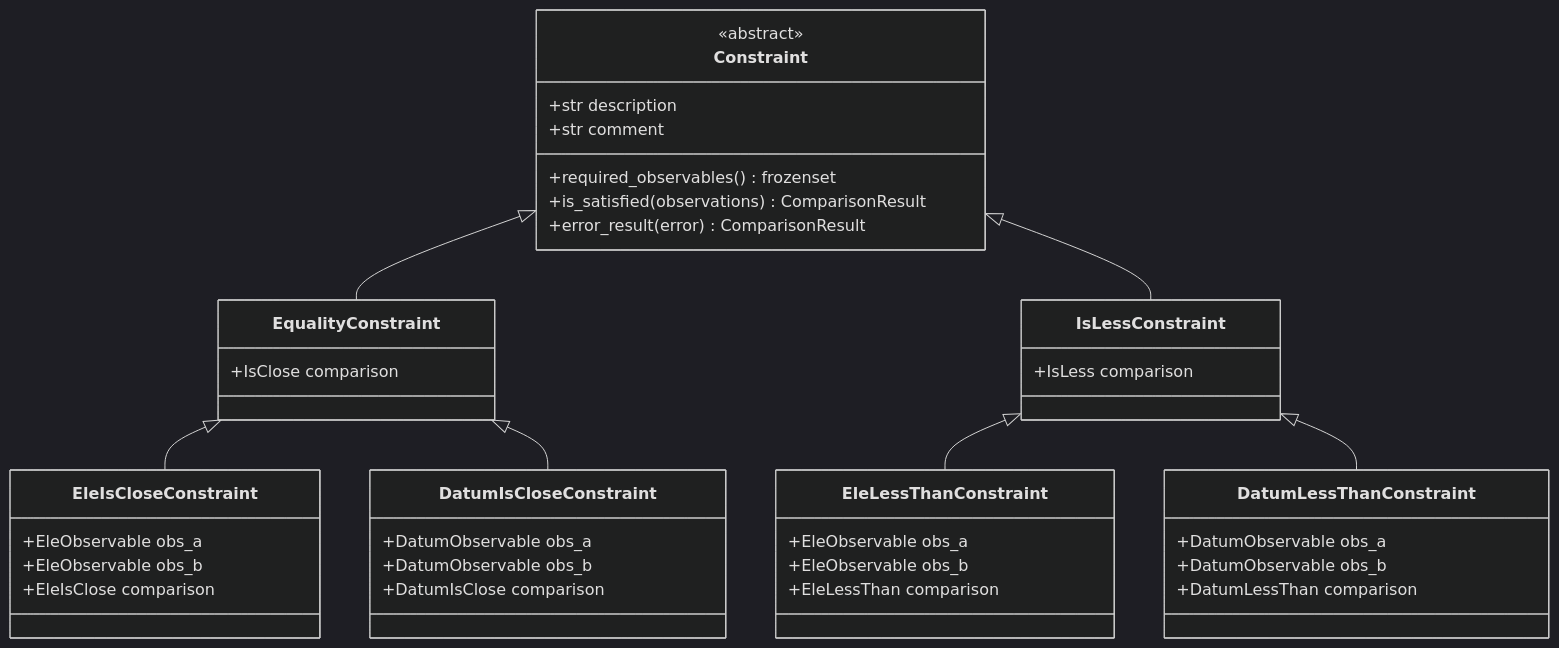
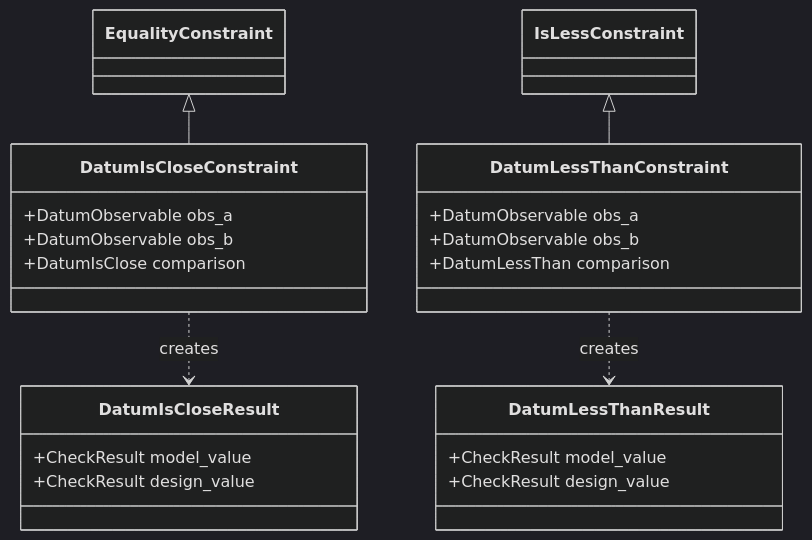
Before and after one commit to bmad-sim/pytao: the fourth of 6 diagrams in docs/constraints/index.md, drawn with Mermaid (dark theme). The commit also changed other lines of this file, not shown here.

Commit message:
more diagram work

````diff
--- a/docs/constraints/index.md
+++ b/docs/constraints/index.md
@@ -132,43 +127,29 @@
 ```mermaid
 classDiagram
-    class Constraint {
-        <<abstract>>
-        +str description
-        +str comment
-        +required_observables() frozenset
-        +is_satisfied(observations) ComparisonResult
-        +error_result(error) ComparisonResult
-    }
-    class EqualityConstraint {
-        +IsClose comparison
-    }
-    class IsLessConstraint {
-        +IsLess comparison
-    }
-    class EleIsCloseConstraint {
-        +EleObservable obs_a
-        +EleObservable obs_b
-        +EleIsClose comparison
-    }
-    class EleLessThanConstraint {
-        +EleObservable obs_a
-        +EleObservable obs_b
-        +EleLessThan comparison
-    }
+    class EqualityConstraint
+    class IsLessConstraint
+
     class DatumIsCloseConstraint {
         +DatumObservable obs_a
         +DatumObservable obs_b
         +DatumIsClose comparison
     }
     class DatumLessThanConstraint {
         +DatumObservable obs_a
         +DatumObservable obs_b
         +DatumLessThan comparison
     }
-    Constraint <|-- EqualityConstraint
-    Constraint <|-- IsLessConstraint
-    EqualityConstraint <|-- EleIsCloseConstraint
+    class DatumIsCloseResult {
+        +CheckResult model_value
+        +CheckResult design_value
+    }
+    class DatumLessThanResult {
+        +CheckResult model_value
+        +CheckResult design_value
+    }
+
     EqualityConstraint <|-- DatumIsCloseConstraint
-    IsLessConstraint <|-- EleLessThanConstraint
     IsLessConstraint <|-- DatumLessThanConstraint
+    DatumIsCloseConstraint ..> DatumIsCloseResult : creates
+    DatumLessThanConstraint ..> DatumLessThanResult : creates
 ```
````
